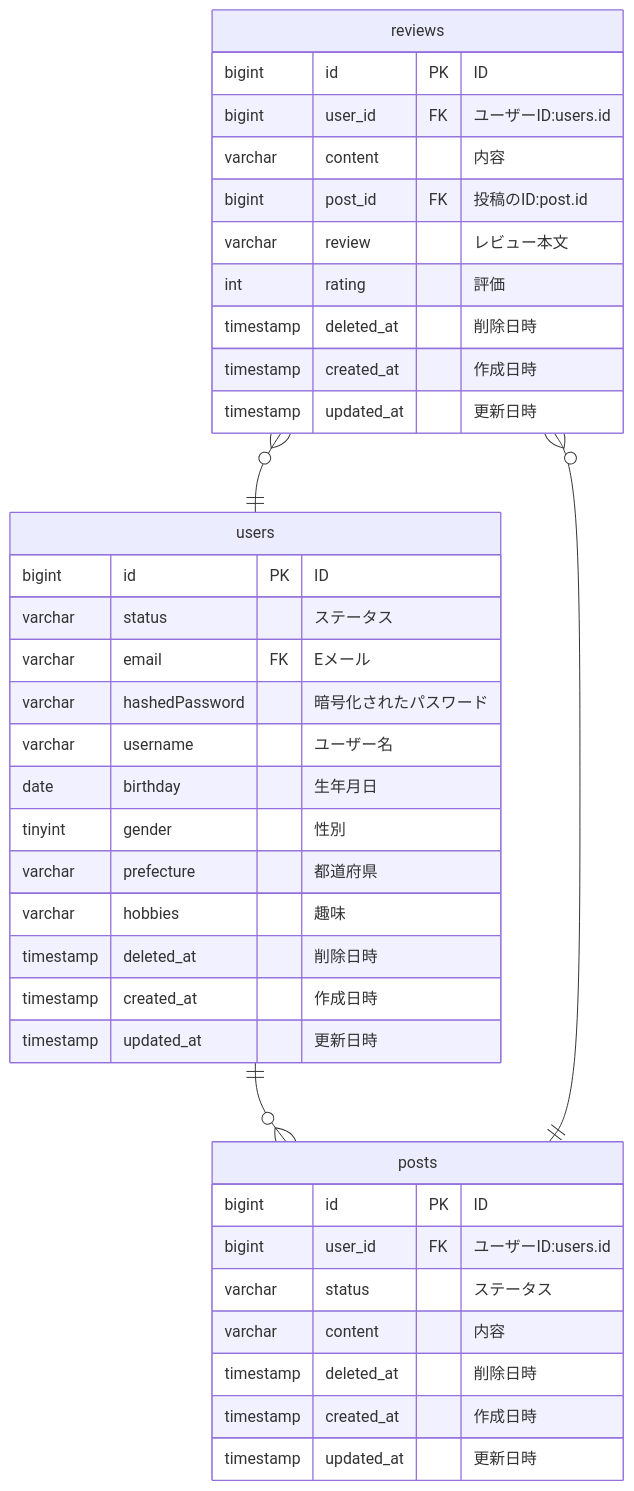
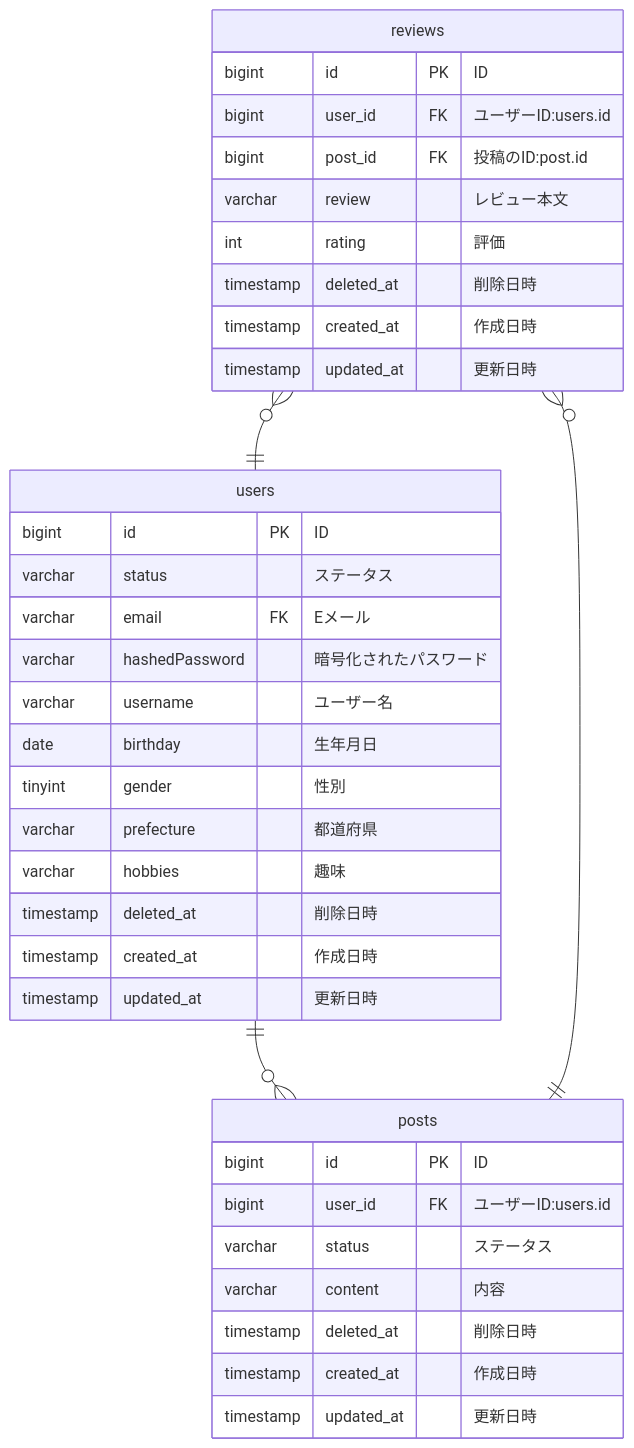
One commit to narumi5/profile-app-server changed the diagram in er.md. Above: the diagram before and after it, drawn with Mermaid. The commit also changed 9 other files, not shown here.

````diff
--- a/er.md
+++ b/er.md
@@ -5,44 +5,43 @@
 ```mermaid
 erDiagram
     users ||--o{ posts : ""
     reviews }o--||users : ""
     reviews }o--||posts : ""
 
     users {
         bigint id PK "ID"
         varchar status "ステータス"
         varchar email FK "Eメール"
         varchar hashedPassword "暗号化されたパスワード"
         varchar username "ユーザー名"
         date birthday "生年月日"
         tinyint gender "性別"
         varchar prefecture "都道府県"
         varchar hobbies　"趣味"
         timestamp deleted_at "削除日時"
         timestamp created_at "作成日時"
         timestamp updated_at "更新日時"
 
     }
 
     posts {
         bigint id PK "ID"
         bigint user_id FK "ユーザーID:users.id"
         varchar status "ステータス"
         varchar content "内容"
         timestamp deleted_at "削除日時"
         timestamp created_at "作成日時"
         timestamp updated_at "更新日時"
     }
 
     reviews {
         bigint id PK "ID"
         bigint user_id FK "ユーザーID:users.id"
-        varchar content "内容"
         bigint post_id FK "投稿のID:post.id"
         varchar review "レビュー本文"
         int rating "評価"
         timestamp deleted_at "削除日時"
         timestamp created_at "作成日時"
         timestamp updated_at "更新日時"
     }
 ```
````
